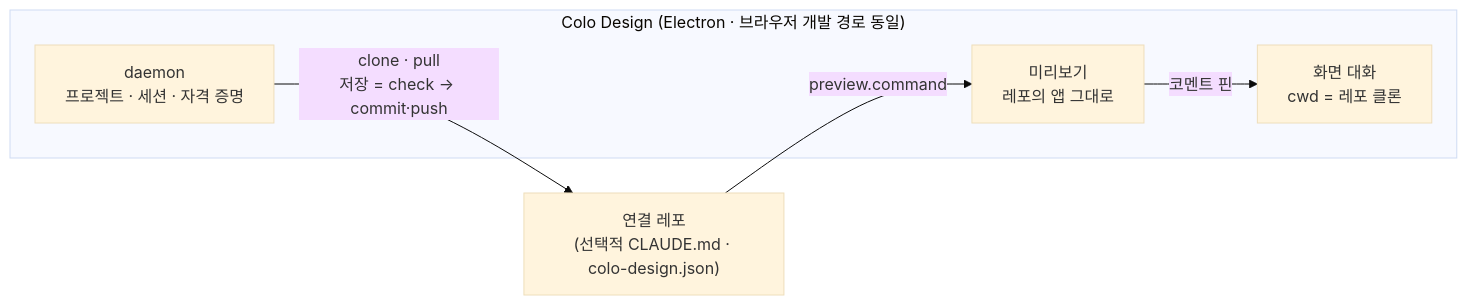
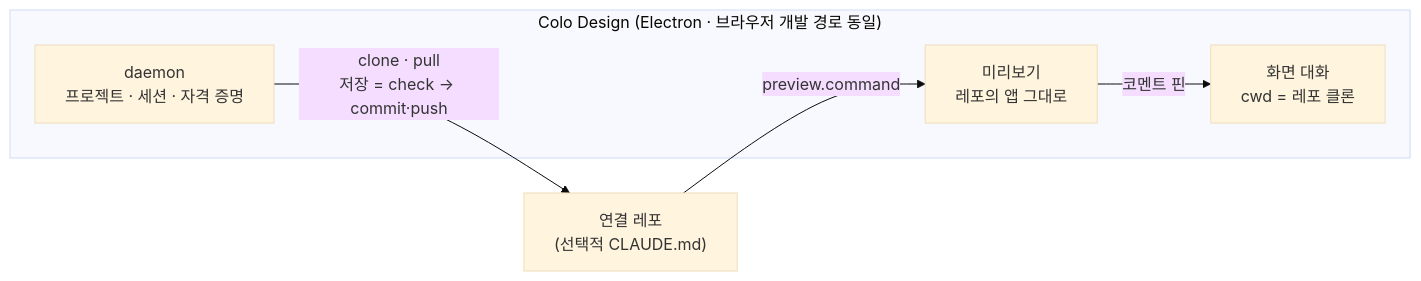
The second of 2 diagrams in README.md (inkwonjung-colosseum/colo-design), drawn with Mermaid (base theme) before and after one commit. The commit also changed other lines of this file and 223 other files, not shown here.

````diff
--- a/README.md
+++ b/README.md
@@ -651,12 +615,12 @@
 ```mermaid
 flowchart LR
     subgraph app["Colo Design (Electron · 브라우저 개발 경로 동일)"]
         design["화면 대화<br/>cwd = 레포 클론"]
         preview["미리보기<br/>레포의 앱 그대로"]
         daemon["daemon<br/>프로젝트 · 세션 · 자격 증명"]
     end
-    repo["연결 레포<br/>(선택적 CLAUDE.md · colo-design.json)"]
+    repo["연결 레포<br/>(선택적 CLAUDE.md)"]
     daemon -->|"clone · pull<br/>저장 = check → commit·push"| repo
     repo -->|"preview.command"| preview
     preview -->|"코멘트 핀"| design
 ```
````
